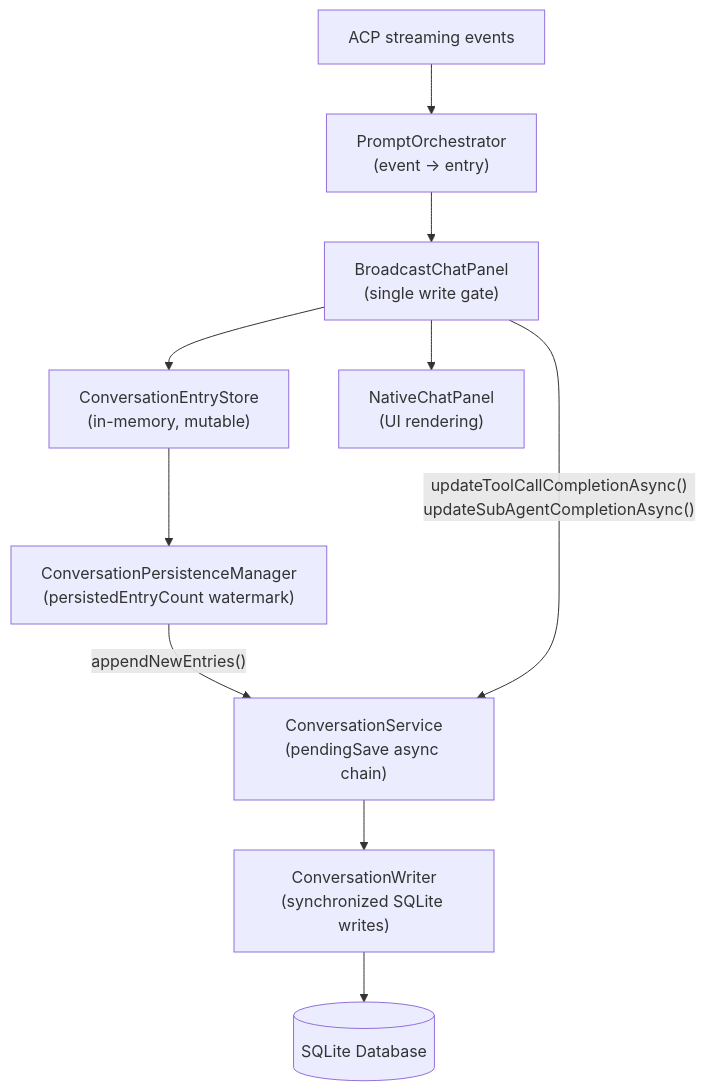
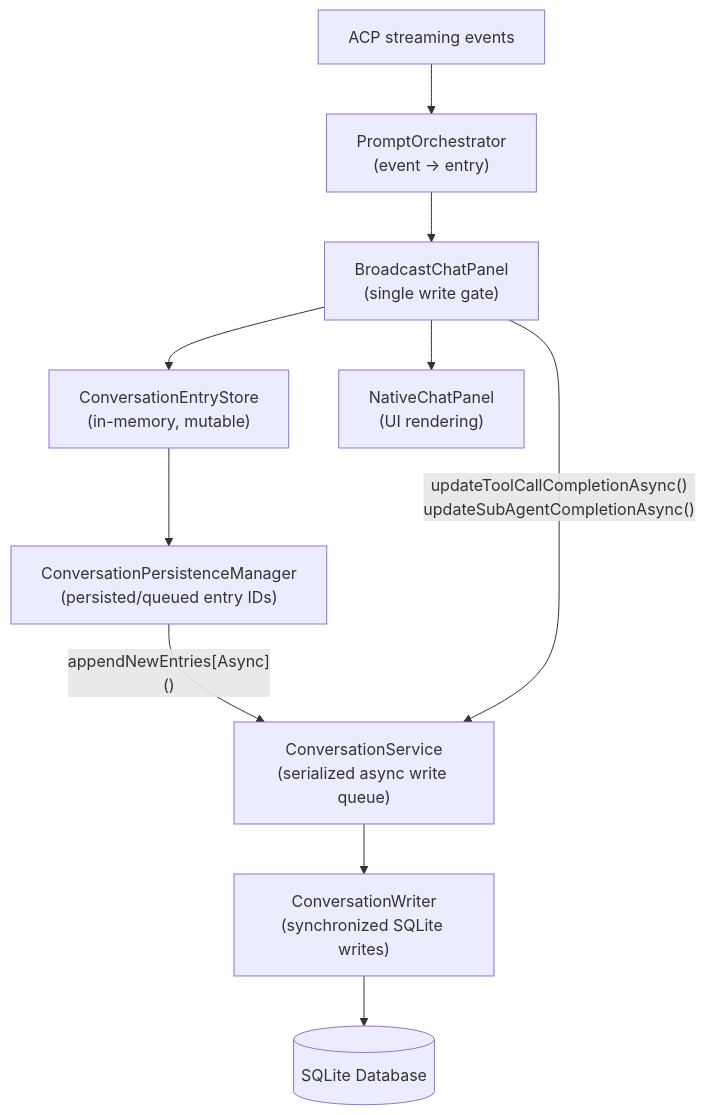
The diagram in docs/CONVERSATION-PERSISTENCE.md (catatafishen/agentbridge), drawn with Mermaid before and after one commit. The commit also changed other lines of this file and 6 other files, not shown here.

````diff
--- a/docs/CONVERSATION-PERSISTENCE.md
+++ b/docs/CONVERSATION-PERSISTENCE.md
@@ -10,12 +10,12 @@
 ```mermaid
 flowchart TD
     ACP["ACP streaming events"] --> PO["PromptOrchestrator<br/>(event → entry)"]
     PO --> BCP["BroadcastChatPanel<br/>(single write gate)"]
     BCP --> Store["ConversationEntryStore<br/>(in-memory, mutable)"]
     BCP --> UI["NativeChatPanel<br/>(UI rendering)"]
-    Store --> PM["ConversationPersistenceManager<br/>(persistedEntryCount watermark)"]
-    PM -->|"appendNewEntries()"| CS["ConversationService<br/>(pendingSave async chain)"]
+    Store --> PM["ConversationPersistenceManager<br/>(persisted/queued entry IDs)"]
+    PM -->|"appendNewEntries[Async]()"| CS["ConversationService<br/>(serialized async write queue)"]
     BCP -->|"updateToolCallCompletionAsync()<br/>updateSubAgentCompletionAsync()"| CS
     CS --> CW["ConversationWriter<br/>(synchronized SQLite writes)"]
     CW --> DB[("SQLite Database")]
 ```
````
